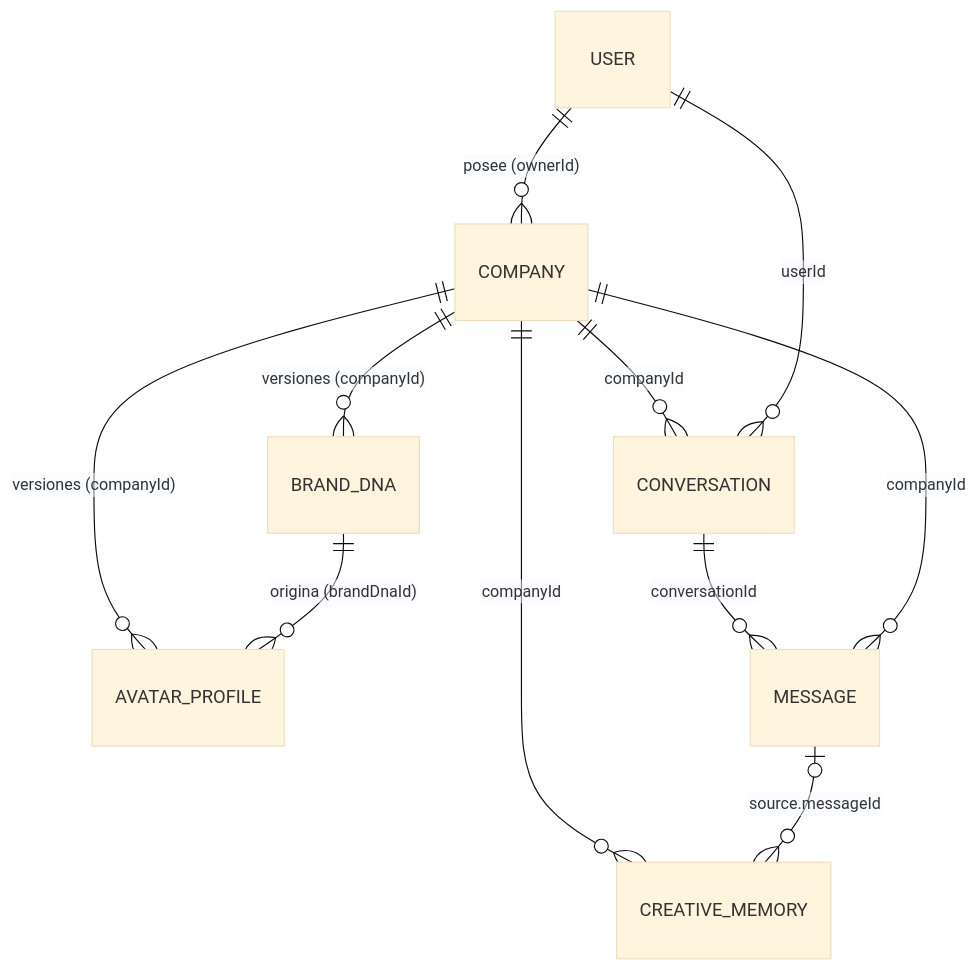
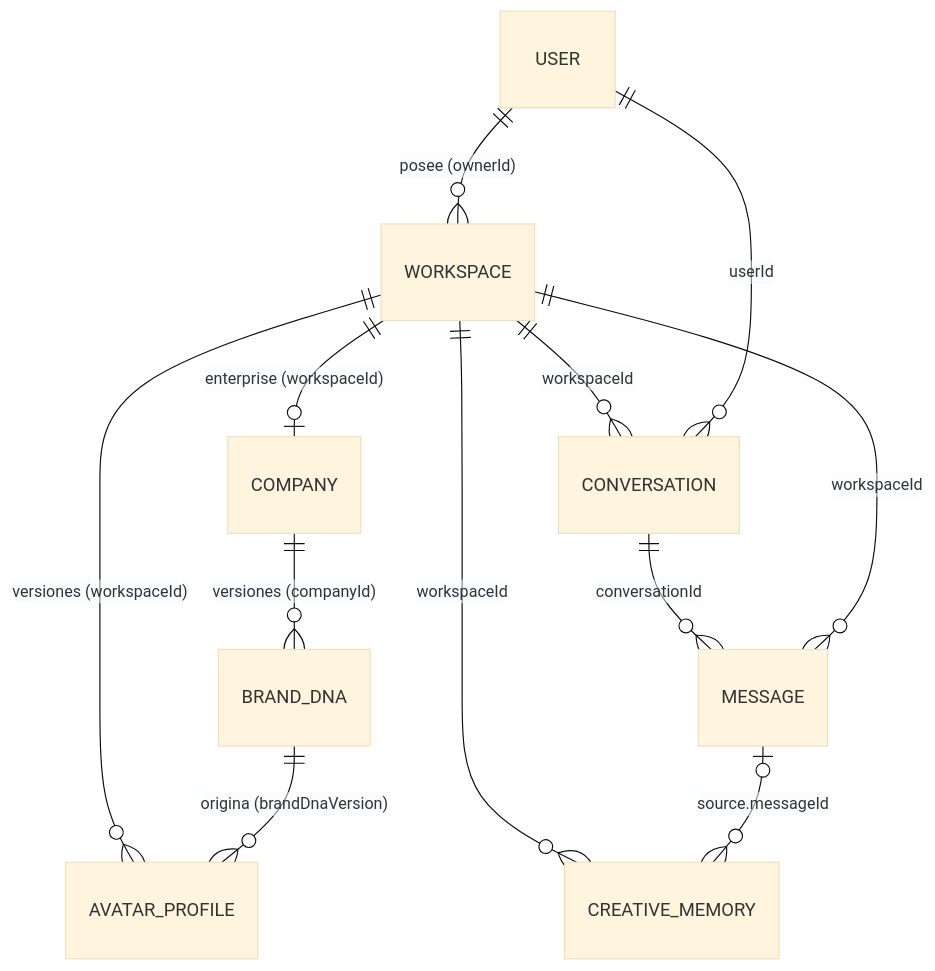
One commit to Jondelk/PixelIA changed the diagram in docs/ENTITIES.md. Above: the diagram before and after it, drawn with Mermaid (base theme). The commit also changed other lines of this file and 72 other files, not shown here.

````diff
--- a/docs/ENTITIES.md
+++ b/docs/ENTITIES.md
@@ -15,13 +20,14 @@
 ```mermaid
 erDiagram
-  USER ||--o{ COMPANY : "posee (ownerId)"
+  USER ||--o{ WORKSPACE : "posee (ownerId)"
+  WORKSPACE ||--o| COMPANY : "enterprise (workspaceId)"
   COMPANY ||--o{ BRAND_DNA : "versiones (companyId)"
-  COMPANY ||--o{ AVATAR_PROFILE : "versiones (companyId)"
-  BRAND_DNA ||--o{ AVATAR_PROFILE : "origina (brandDnaId)"
-  COMPANY ||--o{ CONVERSATION : "companyId"
+  WORKSPACE ||--o{ AVATAR_PROFILE : "versiones (workspaceId)"
+  BRAND_DNA ||--o{ AVATAR_PROFILE : "origina (brandDnaVersion)"
+  WORKSPACE ||--o{ CONVERSATION : "workspaceId"
   USER ||--o{ CONVERSATION : "userId"
   CONVERSATION ||--o{ MESSAGE : "conversationId"
-  COMPANY ||--o{ MESSAGE : "companyId"
-  COMPANY ||--o{ CREATIVE_MEMORY : "companyId"
+  WORKSPACE ||--o{ MESSAGE : "workspaceId"
+  WORKSPACE ||--o{ CREATIVE_MEMORY : "workspaceId"
   MESSAGE |o--o{ CREATIVE_MEMORY : "source.messageId"
 ```
````
